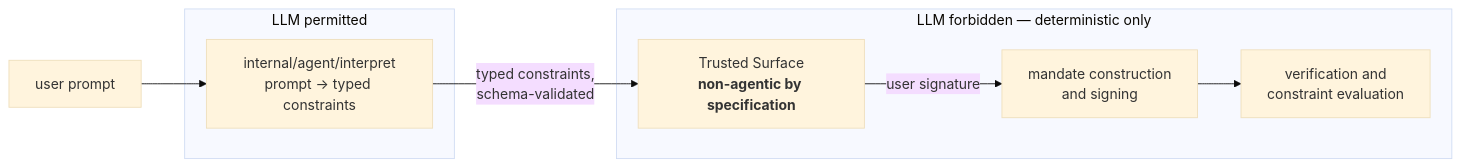
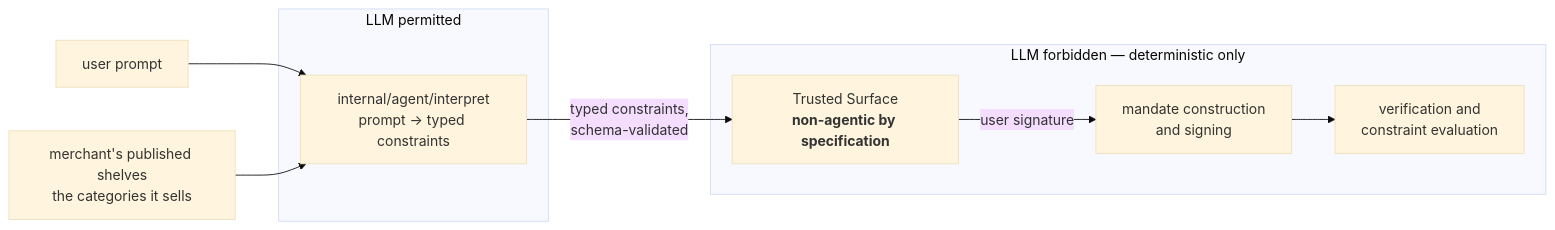
One commit to SkylinePlatform/agentic-payments changed the third of 3 diagrams in docs/architecture/README.md. Above: the diagram before and after it, drawn with Mermaid (base theme). The commit also changed other lines of this file and 25 other files, not shown here.

````diff
--- a/docs/architecture/README.md
+++ b/docs/architecture/README.md
@@ -107,20 +107,22 @@
 ```mermaid
 flowchart LR
     subgraph MAY["LLM permitted"]
         I["`internal/agent/interpret
         prompt → typed constraints`"]
     end
     subgraph NEVER["LLM forbidden — deterministic only"]
         SIGN["`mandate construction
         and signing`"]
         VER["`verification and
         constraint evaluation`"]
         TS["`Trusted Surface
         **non-agentic by specification**`"]
     end
     P["user prompt"] --> I
+    SH["`merchant's published shelves
+    the categories it sells`"] --> I
     I -->|"`typed constraints,
     schema-validated`"| TS
     TS -->|"user signature"| SIGN
     SIGN --> VER
 ```
````
